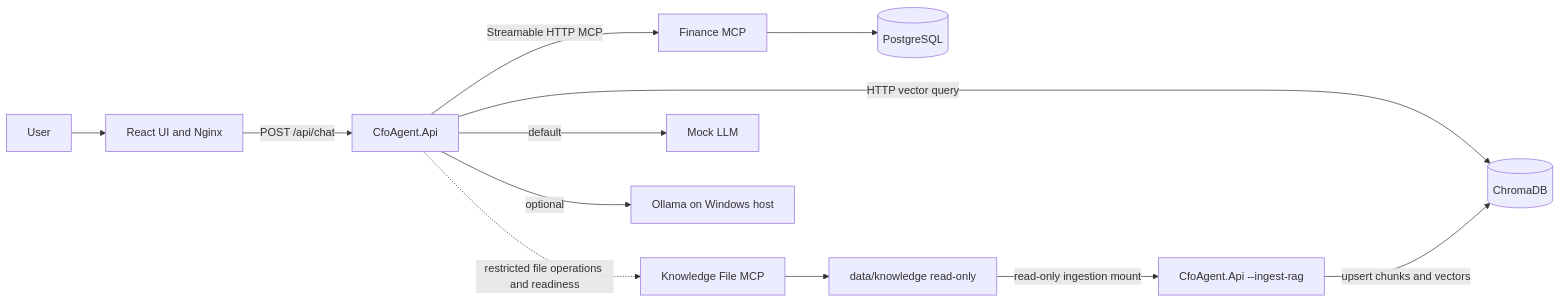
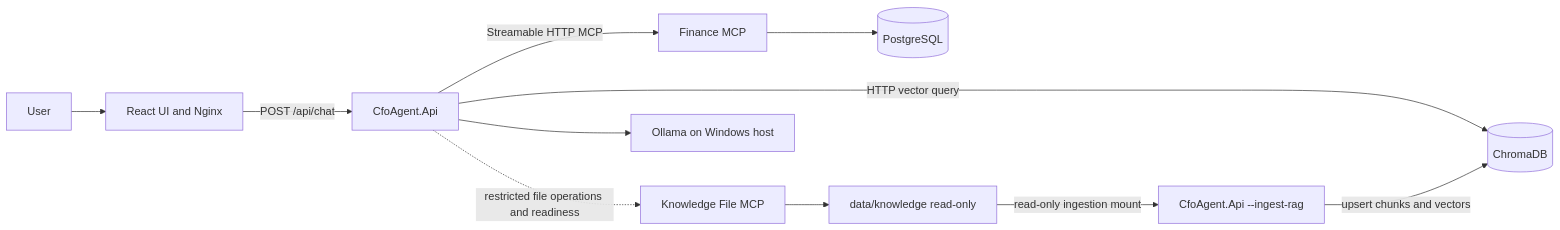
The first of 12 diagrams in APPLICATION_ARCHITECTURE.md (prabodharandima/ai_agent_cfo), drawn with Mermaid before and after one commit. The commit also changed other lines of this file and 37 other files, not shown here.

Commit message:
Removed the Mock LLM

````diff
--- a/APPLICATION_ARCHITECTURE.md
+++ b/APPLICATION_ARCHITECTURE.md
@@ -60,17 +59,16 @@
 ```mermaid
 flowchart LR
     User[User] --> UI[React UI and Nginx]
     UI -->|POST /api/chat| API[CfoAgent.Api]
 
     API -->|Streamable HTTP MCP| Finance[Finance MCP]
     Finance --> PG[(PostgreSQL)]
 
     API -->|HTTP vector query| Chroma[(ChromaDB)]
     API -. restricted file operations and readiness .-> Knowledge[Knowledge File MCP]
     Knowledge --> Files[data/knowledge read-only]
     Files -->|read-only ingestion mount| RagInit[CfoAgent.Api --ingest-rag]
     RagInit -->|upsert chunks and vectors| Chroma
 
-    API -->|default| Mock[Mock LLM]
-    API -->|optional| Ollama[Ollama on Windows host]
+    API --> Ollama[Ollama on Windows host]
 ```
````
